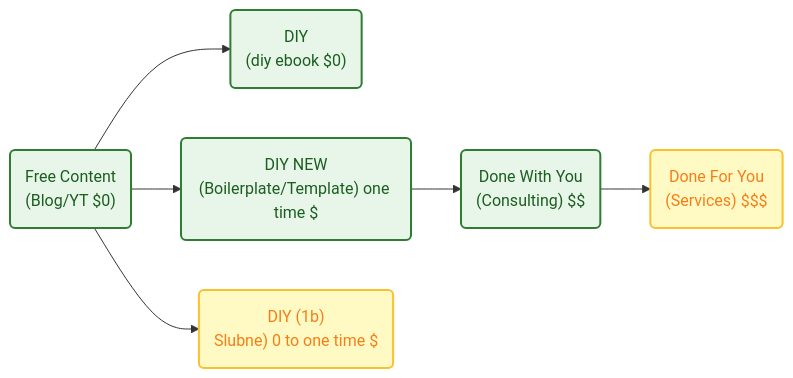
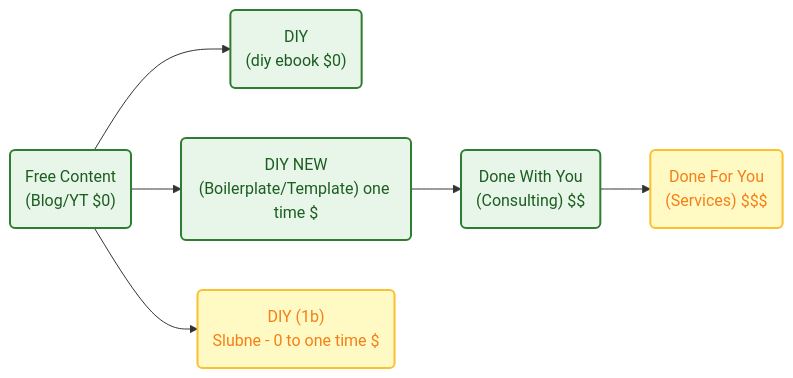
Before and after one commit to JAlcocerT/JAlcocerT: the diagram in content/blog/entrep-saas-diy-landing.md, drawn with Mermaid. The commit also changed other lines of this file and 3 other files, not shown here.

````diff
--- a/content/blog/entrep-saas-diy-landing.md
+++ b/content/blog/entrep-saas-diy-landing.md
@@ -227,23 +238,23 @@
 ```mermaid
 flowchart LR
     %% --- Styles ---
     classDef free fill:#E8F5E9,stroke:#2E7D32,stroke-width:2px,color:#1B5E20;
     classDef low fill:#FFF9C4,stroke:#FBC02D,stroke-width:2px,color:#F57F17;
     classDef mid fill:#FFE0B2,stroke:#F57C00,stroke-width:2px,color:#E65100;
     classDef high fill:#FFCDD2,stroke:#C62828,stroke-width:2px,color:#B71C1C;
 
     %% --- Nodes ---
     L1("Free Content<br/>(Blog/YT $0)"):::free
     L22("DIY<br/>(diy ebook $0) "):::free
     L2("DIY NEW<br/>(Boilerplate/Template) one time $"):::free
     L3("Done With You<br/>(Consulting) $$"):::free
     L4("Done For You<br/>(Services) $$$"):::low
-    L44("DIY (1b)<br/>Slubne) 0 to one time $"):::low
+    L44("DIY (1b)<br/>Slubne - 0 to one time $"):::low
 
     %% --- Connections ---
     L1 --> L2
     L1 --> L22
     L1 --> L44
     L2 --> L3
     L3 --> L4
 ```
````
